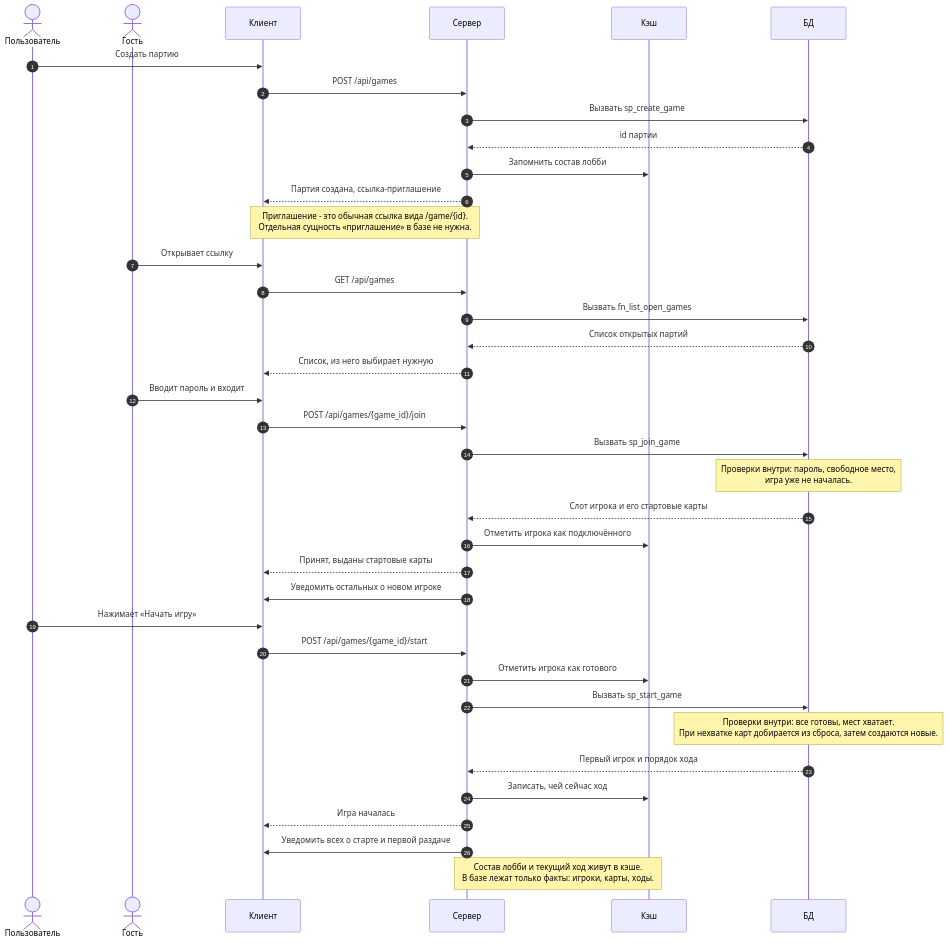
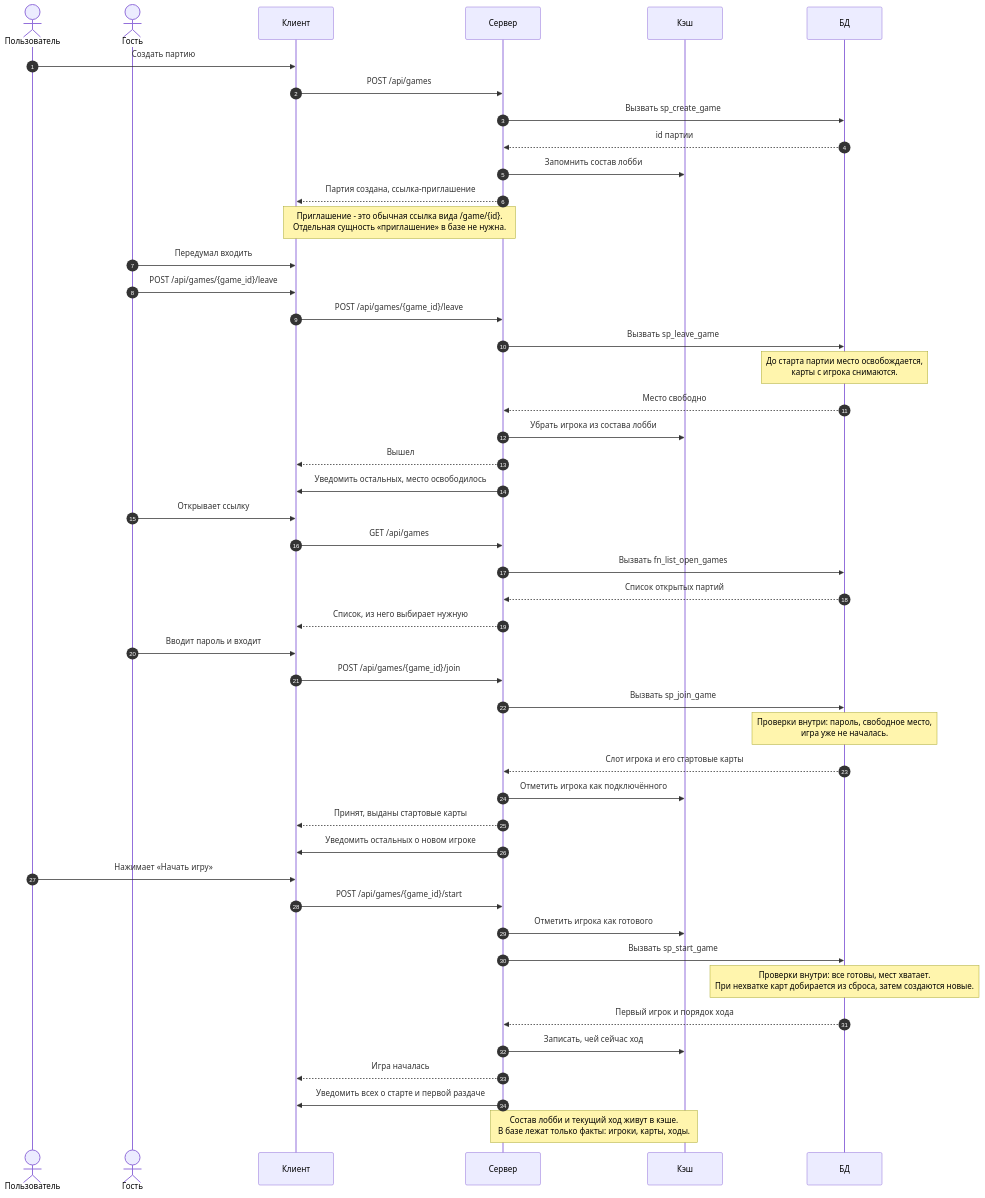
One commit to docup1/edin-game changed the diagram in diagrams/02-create-join-start.mmd. Above: the diagram before and after it, drawn with Mermaid. The commit also changed 5 other files, not shown here.

```diff
--- a/diagrams/02-create-join-start.mmd
+++ b/diagrams/02-create-join-start.mmd
@@ -1,46 +1,56 @@
 %% Создание партии, вход игроков и старт.
 %% Кэш держит состав лобби и то, кто сейчас на связи.
 sequenceDiagram
     autonumber
     actor U as Пользователь
     actor G as Гость
     participant C as Клиент
     participant S as Сервер
     participant K as Кэш
     participant D as БД
 
     U->>C: Создать партию
     C->>S: POST /api/games
     S->>D: Вызвать sp_create_game
     D-->>S: id партии
     S->>K: Запомнить состав лобби
     S-->>C: Партия создана, ссылка-приглашение
 
     Note over C,S: Приглашение - это обычная ссылка вида /game/{id}.<br/>Отдельная сущность «приглашение» в базе не нужна.
+
+    G->>C: Передумал входить
+    G->>C: POST /api/games/{game_id}/leave
+    C->>S: POST /api/games/{game_id}/leave
+    S->>D: Вызвать sp_leave_game
+    Note over D: До старта партии место освобождается,<br/>карты с игрока снимаются.
+    D-->>S: Место свободно
+    S->>K: Убрать игрока из состава лобби
+    S-->>C: Вышел
+    S->>C: Уведомить остальных, место освободилось
 
     G->>C: Открывает ссылку
     C->>S: GET /api/games
     S->>D: Вызвать fn_list_open_games
     D-->>S: Список открытых партий
     S-->>C: Список, из него выбирает нужную
 
     G->>C: Вводит пароль и входит
     C->>S: POST /api/games/{game_id}/join
     S->>D: Вызвать sp_join_game
     Note over D: Проверки внутри: пароль, свободное место,<br/>игра уже не началась.
     D-->>S: Слот игрока и его стартовые карты
     S->>K: Отметить игрока как подключённого
     S-->>C: Принят, выданы стартовые карты
     S->>C: Уведомить остальных о новом игроке
 
     U->>C: Нажимает «Начать игру»
     C->>S: POST /api/games/{game_id}/start
     S->>K: Отметить игрока как готового
     S->>D: Вызвать sp_start_game
     Note over D: Проверки внутри: все готовы, мест хватает.<br/>При нехватке карт добирается из сброса, затем создаются новые.
     D-->>S: Первый игрок и порядок хода
     S->>K: Записать, чей сейчас ход
     S-->>C: Игра началась
     S->>C: Уведомить всех о старте и первой раздаче
 
     Note over S,K: Состав лобби и текущий ход живут в кэше.<br/>В базе лежат только факты: игроки, карты, ходы.
```
